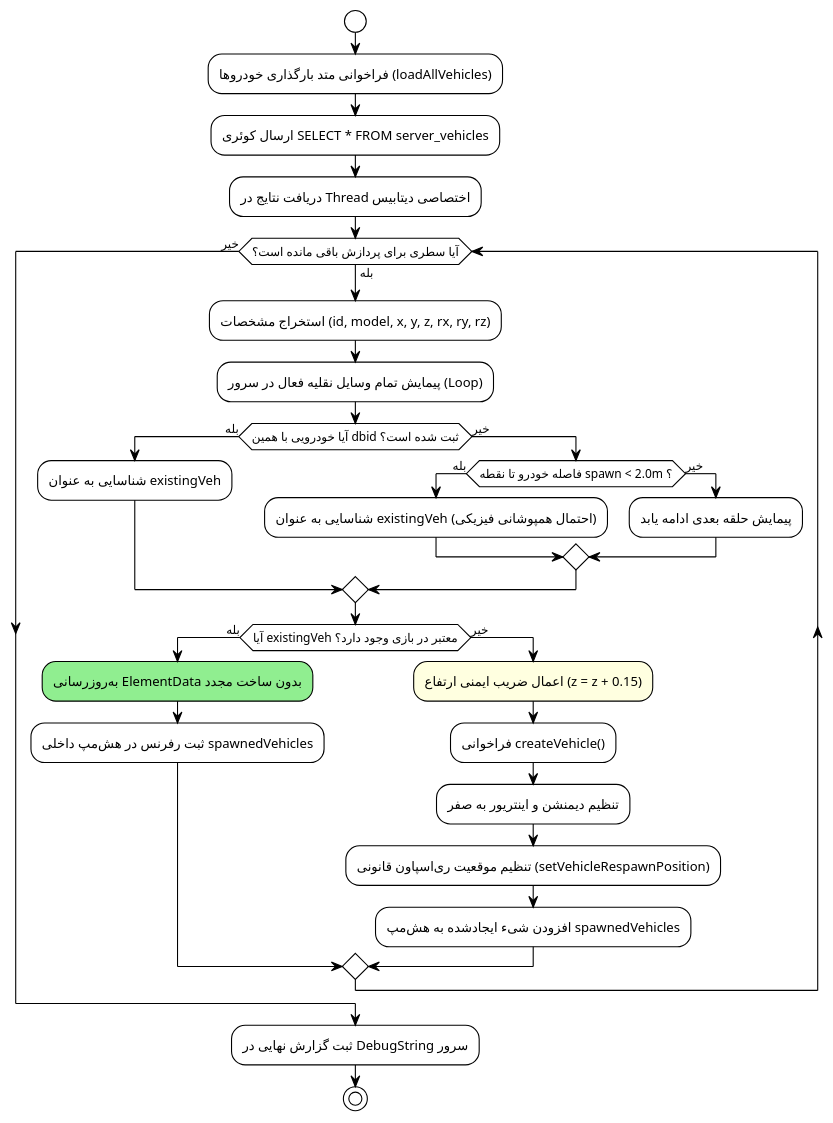
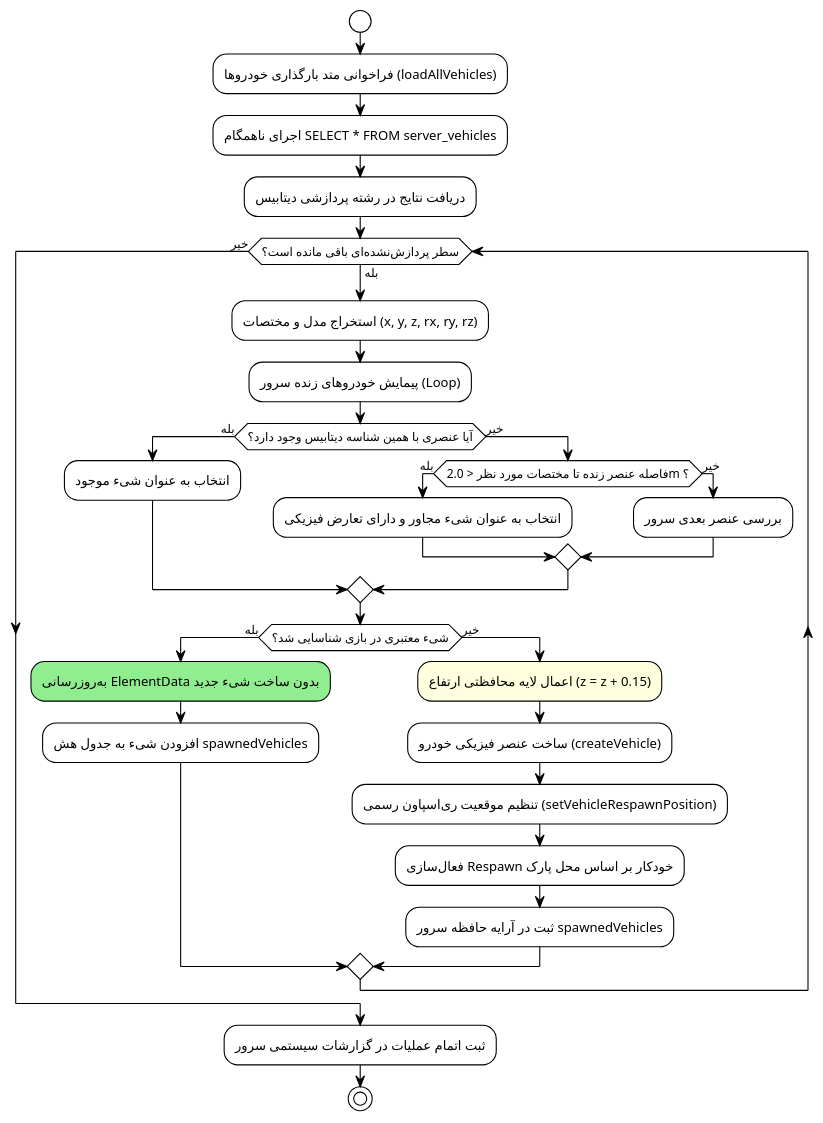
The third of 7 diagrams in resources/admin_vehicles/ReadMe.md (Silent-Galaxy/SilentRP), drawn with PlantUML before and after one commit. The commit also changed other lines of this file, not shown here.

```diff
--- a/resources/admin_vehicles/ReadMe.md
+++ b/resources/admin_vehicles/ReadMe.md
@@ -344,35 +358,35 @@
 @startuml
 !theme plain
 start
 :فراخوانی متد بارگذاری خودروها (loadAllVehicles);
-:ارسال کوئری SELECT * FROM server_vehicles;
-:دریافت نتایج در Thread اختصاصی دیتابیس;
+:اجرای ناهمگام SELECT * FROM server_vehicles;
+:دریافت نتایج در رشته پردازشی دیتابیس;
 
-while (آیا سطری برای پردازش باقی مانده است؟) is (بله)
-    :استخراج مشخصات (id, model, x, y, z, rx, ry, rz);
-    :پیمایش تمام وسایل نقلیه فعال در سرور (Loop);
-    if (آیا خودرویی با همین dbid ثبت شده است؟) then (بله)
-        :شناسایی به عنوان existingVeh;
+while (سطر پردازش‌نشده‌ای باقی مانده است؟) is (بله)
+    :استخراج مدل و مختصات (x, y, z, rx, ry, rz);
+    :پیمایش خودروهای زنده سرور (Loop);
+    if (آیا عنصری با همین شناسه دیتابیس وجود دارد؟) then (بله)
+        :انتخاب به عنوان شیء موجود;
     else (خیر)
-        if (فاصله خودرو تا نقطه spawn < 2.0m ؟) then (بله)
-            :شناسایی به عنوان existingVeh (احتمال همپوشانی فیزیکی);
+        if (فاصله عنصر زنده تا مختصات مورد نظر < 2.0m ؟) then (بله)
+            :انتخاب به عنوان شیء مجاور و دارای تعارض فیزیکی;
         else (خیر)
-            :پیمایش حلقه بعدی ادامه یابد;
+            :بررسی عنصر بعدی سرور;
         endif
     endif
 
-    if (آیا existingVeh معتبر در بازی وجود دارد؟) then (بله)
-        #LightGreen:به‌روزرسانی ElementData بدون ساخت مجدد;
-        :ثبت رفرنس در هش‌مپ داخلی spawnedVehicles;
+    if (شیء معتبری در بازی شناسایی شد؟) then (بله)
+        #LightGreen:به‌روزرسانی ElementData بدون ساخت شیء جدید;
+        :افزودن شیء به جدول هش spawnedVehicles;
     else (خیر)
-        #LightYellow:اعمال ضریب ایمنی ارتفاع (z = z + 0.15);
-        :فراخوانی createVehicle();
-        :تنظیم دیمنشن و اینتریور به صفر;
-        :تنظیم موقعیت ری‌اسپاون قانونی (setVehicleRespawnPosition);
-        :افزودن شیء ایجادشده به هش‌مپ spawnedVehicles;
+        #LightYellow:اعمال لایه محافظتی ارتفاع (z = z + 0.15);
+        :ساخت عنصر فیزیکی خودرو (createVehicle);
+        :تنظیم موقعیت ری‌اسپاون رسمی (setVehicleRespawnPosition);
+        :فعال‌سازی Respawn خودکار بر اساس محل پارک;
+        :ثبت در آرایه حافظه سرور spawnedVehicles;
     endif
 endwhile (خیر)
 
-:ثبت گزارش نهایی در DebugString سرور;
+:ثبت اتمام عملیات در گزارشات سیستمی سرور;
 stop
 @enduml
```
